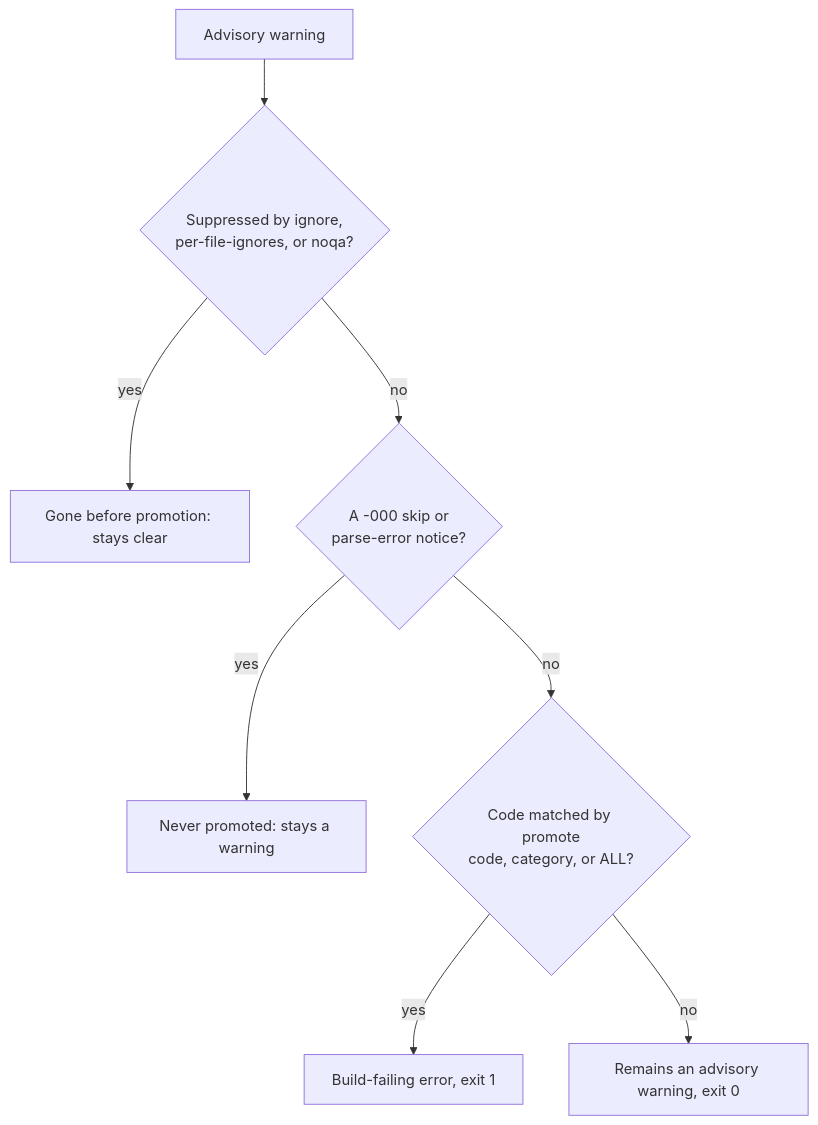
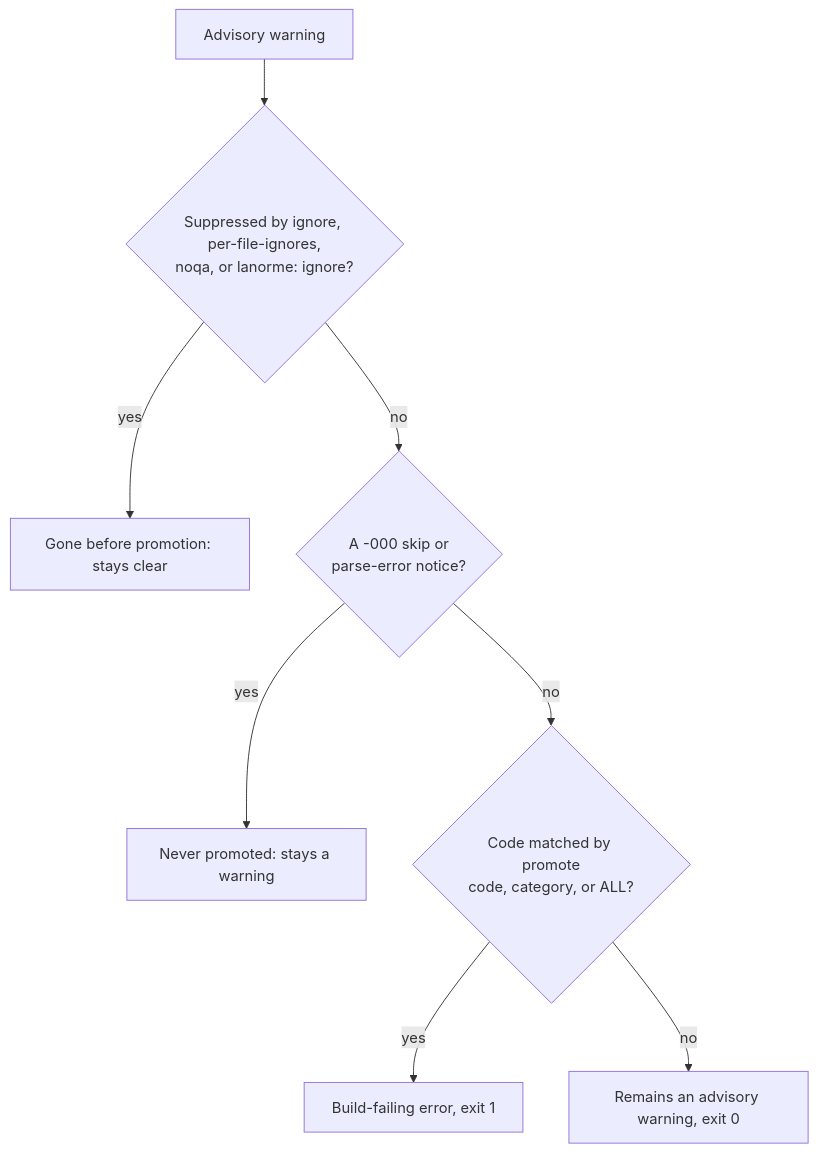
Before and after one commit to lanorme/lanorme: the diagram in docs/how-to/promote-warnings.md, drawn with Mermaid. The commit also changed other lines of this file and 8 other files, not shown here.

First line of the commit message:
Add ruff-safe `# lanorme: ignore[...]` inline suppression directive

````diff
--- a/docs/how-to/promote-warnings.md
+++ b/docs/how-to/promote-warnings.md
@@ -7,10 +7,10 @@
 ```mermaid
 flowchart TD
-    W[Advisory warning] --> S{Suppressed by ignore,<br/>per-file-ignores, or noqa?}
+    W[Advisory warning] --> S{Suppressed by ignore, per-file-ignores,<br/>noqa, or lanorme: ignore?}
     S -- yes --> G[Gone before promotion: stays clear]
     S -- no --> N{A -000 skip or<br/>parse-error notice?}
     N -- yes --> K[Never promoted: stays a warning]
     N -- no --> P{Code matched by promote<br/>code, category, or ALL?}
     P -- yes --> F[Build-failing error, exit 1]
     P -- no --> R[Remains an advisory warning, exit 0]
 ```
````
